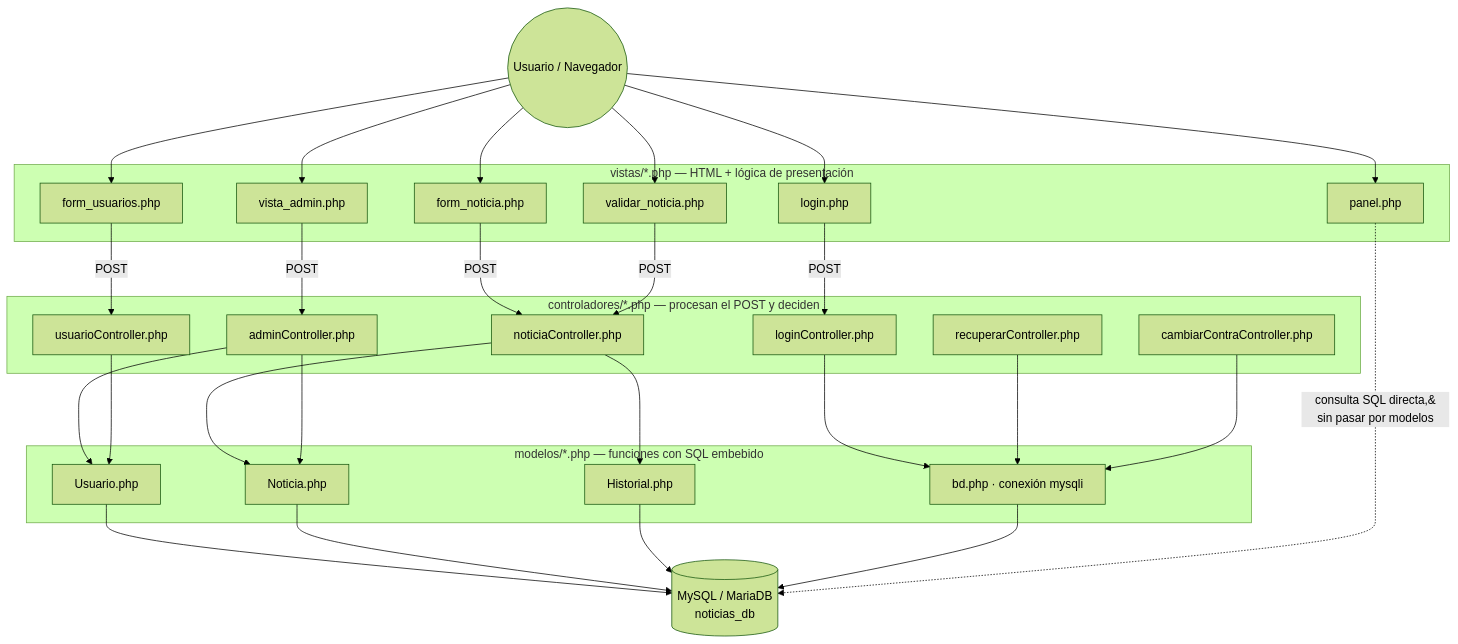
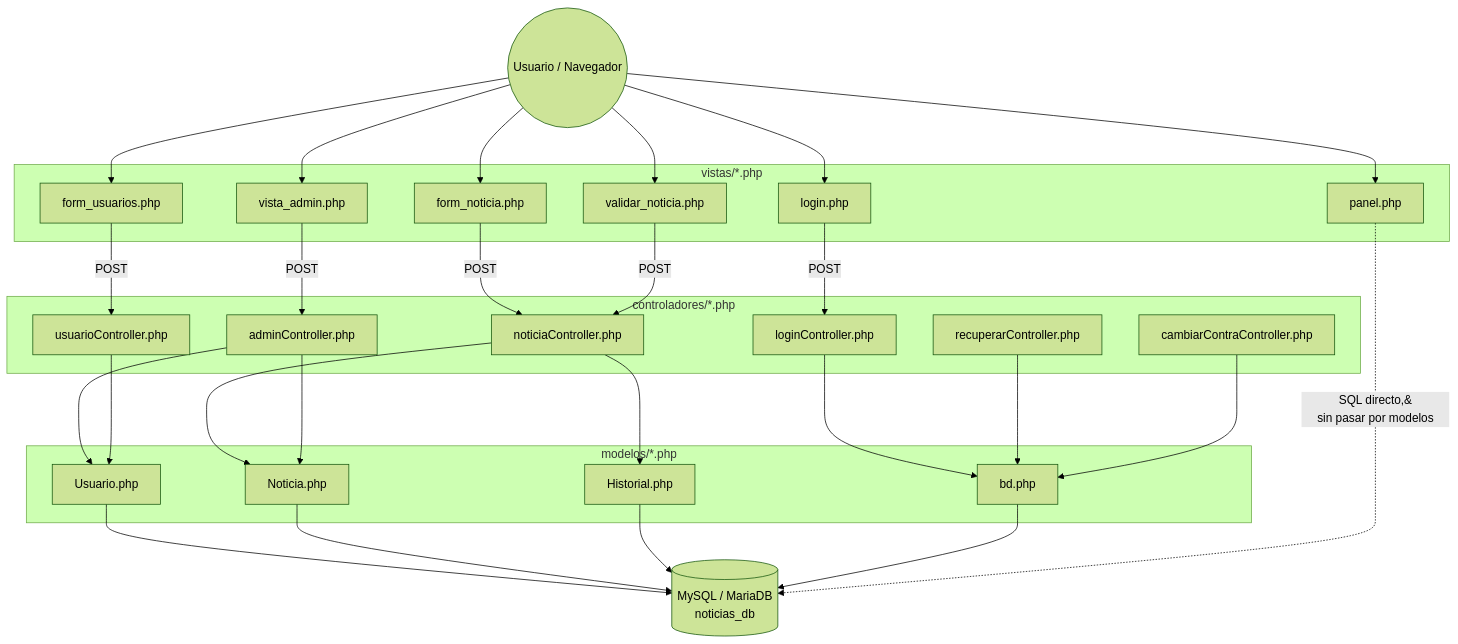
The first of 2 diagrams in README.md (RibZu/NoticiasInstitucionales), drawn with Mermaid (forest theme) before and after one commit. The commit also changed other lines of this file, not shown here.

````diff
--- a/README.md
+++ b/README.md
@@ -77,60 +72,50 @@
 ```mermaid
 flowchart TD
     Usuario((Usuario / Navegador))
 
-    subgraph Vistas["vistas/*.php — HTML + lógica de presentación"]
+    subgraph Vistas["vistas/*.php"]
         V_login[login.php]
         V_panel[panel.php]
         V_form[form_noticia.php]
         V_validar[validar_noticia.php]
         V_admin[vista_admin.php]
         V_usuarios[form_usuarios.php]
     end
 
-    subgraph Controladores["controladores/*.php — procesan el POST y deciden"]
+    subgraph Controladores["controladores/*.php"]
         C_login[loginController.php]
         C_noticia[noticiaController.php]
         C_admin[adminController.php]
         C_usuario[usuarioController.php]
         C_recuperar[recuperarController.php]
         C_clave[cambiarContraController.php]
     end
 
-    subgraph Modelos["modelos/*.php — funciones con SQL embebido"]
-        M_bd[bd.php · conexión mysqli]
+    subgraph Modelos["modelos/*.php"]
+        M_bd[bd.php]
         M_usuario[Usuario.php]
         M_noticia[Noticia.php]
         M_historial[Historial.php]
     end
 
     DB[(MySQL / MariaDB<br/>noticias_db)]
 
-    Usuario --> V_login
-    Usuario --> V_panel
-    Usuario --> V_form
-    Usuario --> V_validar
-    Usuario --> V_admin
-    Usuario --> V_usuarios
+    Usuario --> V_login & V_panel & V_form & V_validar & V_admin & V_usuarios
 
     V_login -- POST --> C_login
     V_form -- POST --> C_noticia
     V_validar -- POST --> C_noticia
     V_admin -- POST --> C_admin
     V_usuarios -- POST --> C_usuario
 
     C_login --> M_bd
-    C_noticia --> M_noticia
-    C_noticia --> M_historial
-    C_admin --> M_usuario
-    C_admin --> M_noticia
+    C_noticia --> M_noticia & M_historial
+    C_admin --> M_usuario & M_noticia
     C_usuario --> M_usuario
     C_recuperar --> M_bd
     C_clave --> M_bd
 
-    M_usuario --> DB
-    M_noticia --> DB
-    M_historial --> DB
-    M_bd --> DB
+    M_usuario & M_noticia & M_historial & M_bd --> DB
 
-    V_panel -. "consulta SQL directa,&#10;sin pasar por modelos" .-> DB
+    V_panel -. "SQL directo,&#10;sin pasar por modelos" .-> DB
 ```
````
